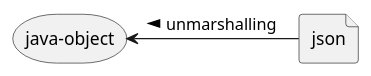
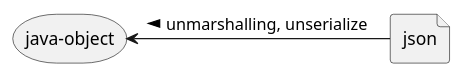
Before and after one commit to BenjaminEcker/2021-4ahif-nvs-lecture-notes: the second of 2 diagrams in asciidocs/index.adoc, drawn with PlantUML. The commit also changed other lines of this file and 6 other files, not shown here.

```diff
--- a/asciidocs/index.adoc
+++ b/asciidocs/index.adoc
@@ -249,8 +249,8 @@
 [plantuml,unmarshalling,png]
 ----
 @startuml
 storage "java-object" as javaobject
 file json
-javaobject <-right- json :< unmarshalling
+javaobject <-right- json :< unmarshalling, unserialize
 @enduml
 ----
```
